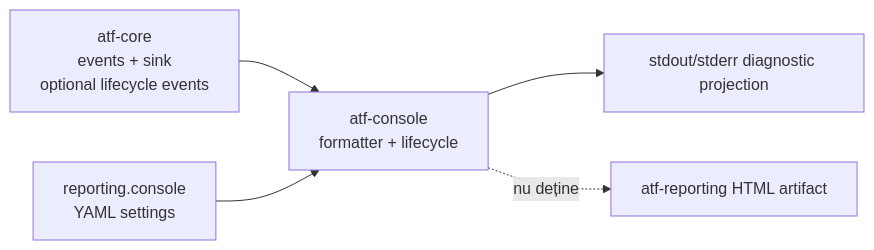
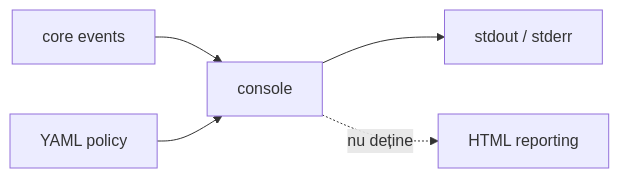
The diagram in atf-console/README.md (crististefanita/demo2), drawn with Mermaid before and after one commit. The commit also changed 132 other files, not shown here.

Commit message:
Refine Java ATF reporting assets and Practice Shop validation

````diff
--- a/atf-console/README.md
+++ b/atf-console/README.md
@@ -17,7 +17,7 @@
 ```mermaid
 flowchart LR
-    Core[atf-core<br/>events + sink<br/>optional lifecycle events] --> Console[atf-console<br/>formatter + lifecycle]
-    Config[reporting.console<br/>YAML settings] --> Console
-    Console --> Output[stdout/stderr diagnostic projection]
-    Console -. nu deține .-> Reporting[atf-reporting HTML artifact]
+    Core[core events] --> Console[console]
+    Config[YAML policy] --> Console
+    Console --> Output[stdout / stderr]
+    Console -. nu deține .-> Reporting[HTML reporting]
 ```
````
